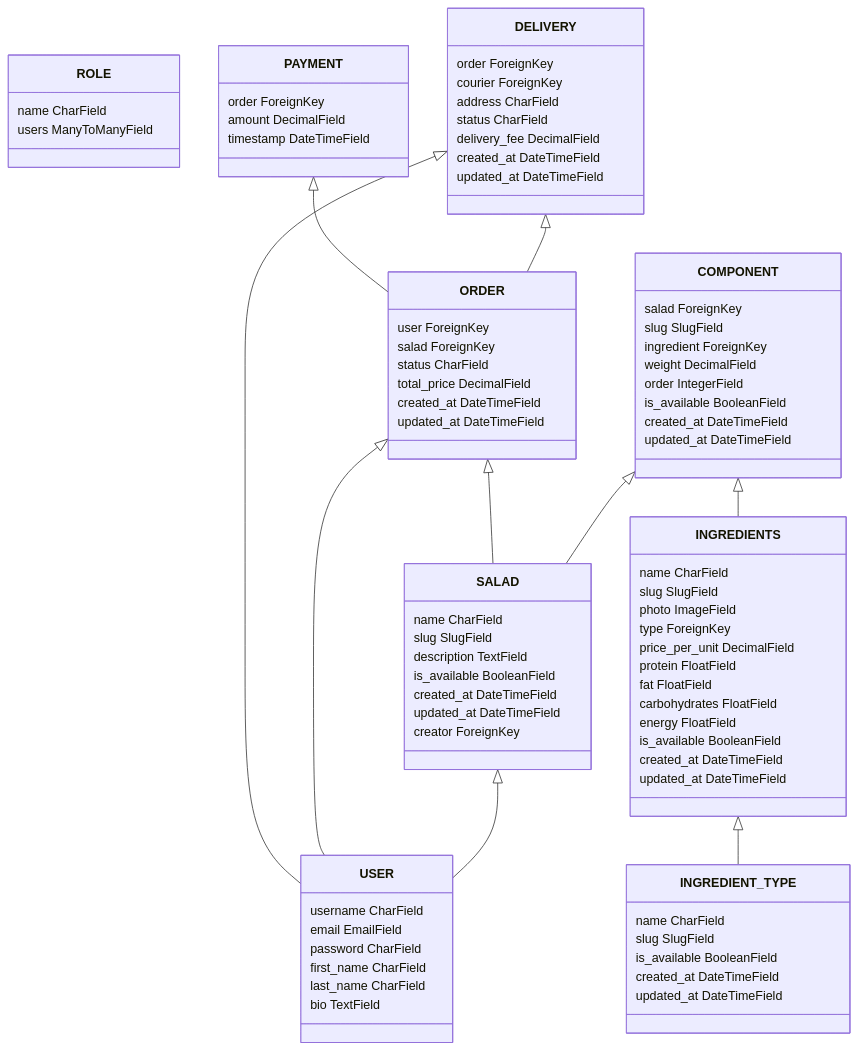
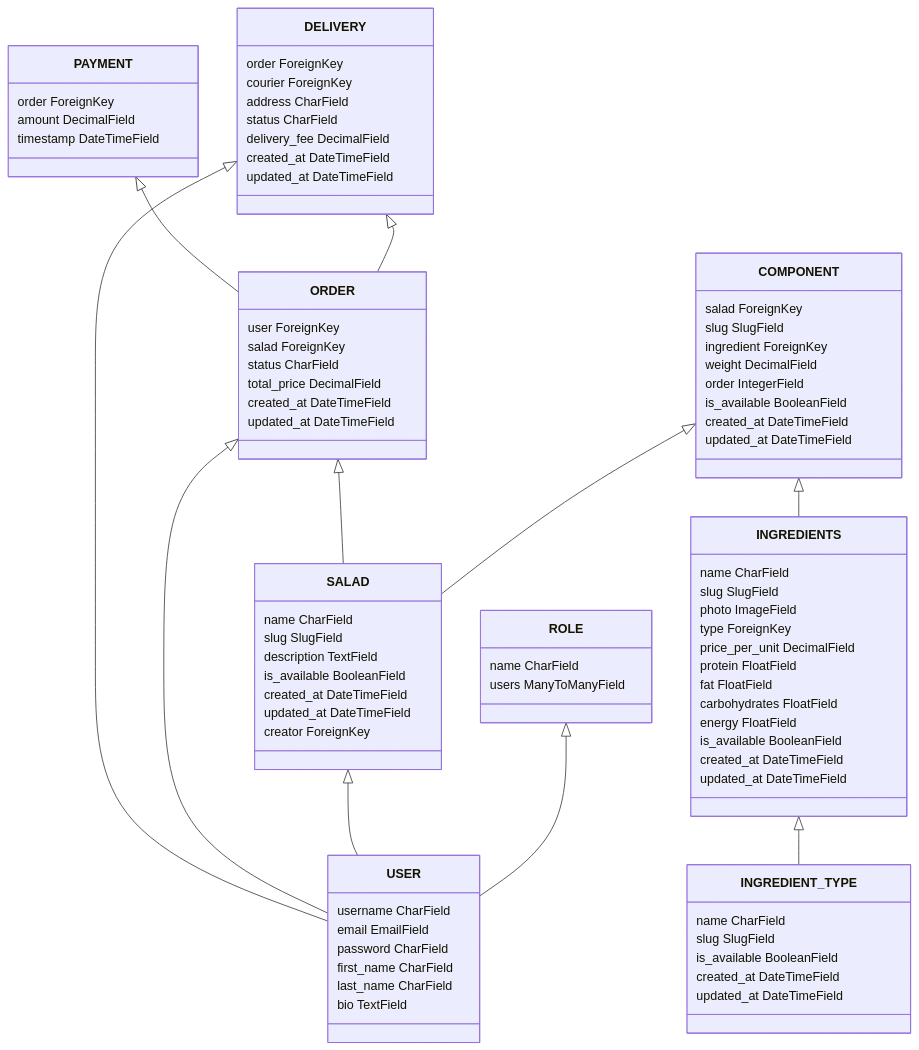
The first of 2 diagrams in README.md (ya-yura/salatik), drawn with Mermaid before and after one commit.

````diff
--- a/README.md
+++ b/README.md
@@ -223,4 +223,5 @@
     COMPONENT <|-- INGREDIENTS
     SALAD <|-- USER
     INGREDIENTS <|-- INGREDIENT_TYPE
+    ROLE <|-- USER
 ```
````
